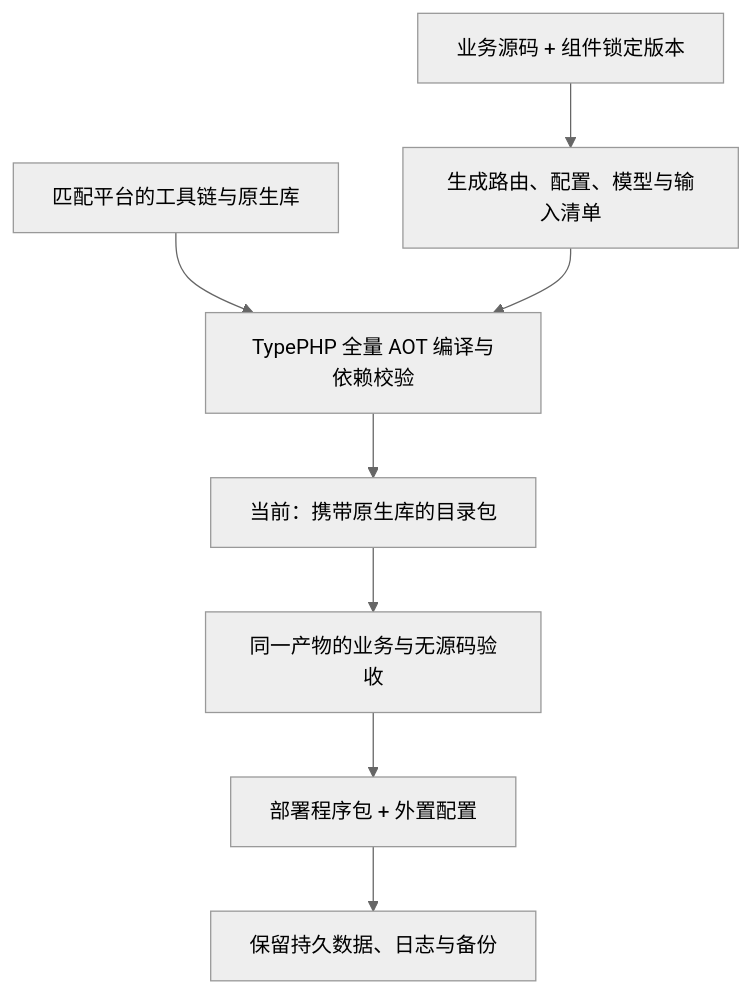
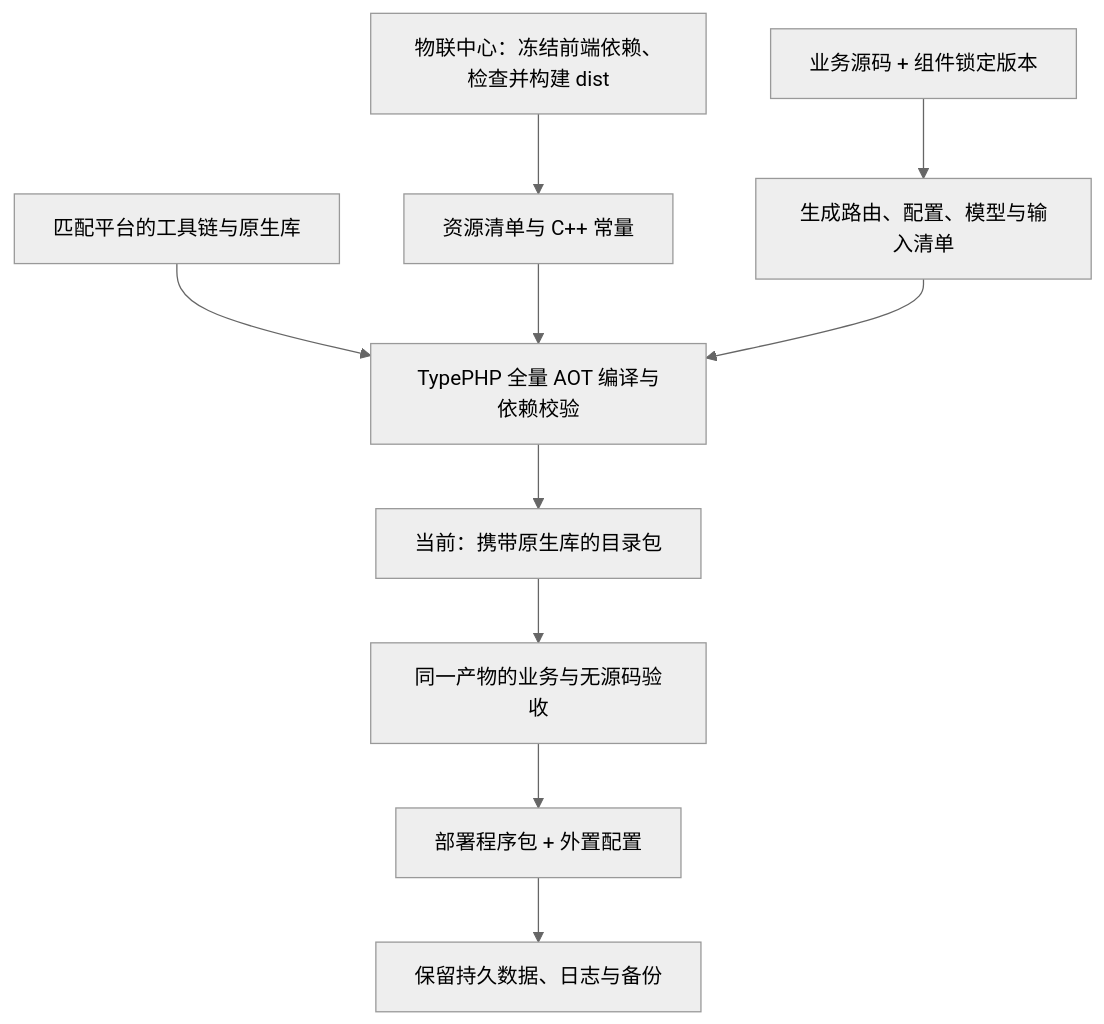
One commit to zoujingli/typeapp changed the first of 2 diagrams in docs/guide/deployment.md. Above: the diagram before and after it, drawn with Mermaid (neutral theme). The commit also changed other lines of this file and 42 other files, not shown here.

````diff
--- a/docs/guide/deployment.md
+++ b/docs/guide/deployment.md
@@ -35,10 +35,12 @@
 ```mermaid
 flowchart TB
   Source["业务源码 + 组件锁定版本"] --> Generate["生成路由、配置、模型与输入清单"]
   SDK["匹配平台的工具链与原生库"] --> Compile
+  Web["物联中心：冻结前端依赖、检查并构建 dist"] --> Embedded["资源清单与 C++ 常量"]
+  Embedded --> Compile
   Generate --> Compile["TypePHP 全量 AOT 编译与依赖校验"]
   Compile --> Package["当前：携带原生库的目录包"]
   Package --> Verify["同一产物的业务与无源码验收"]
   Verify --> Deploy["部署程序包 + 外置配置"]
   Deploy --> Data["保留持久数据、日志与备份"]
 ```
````
